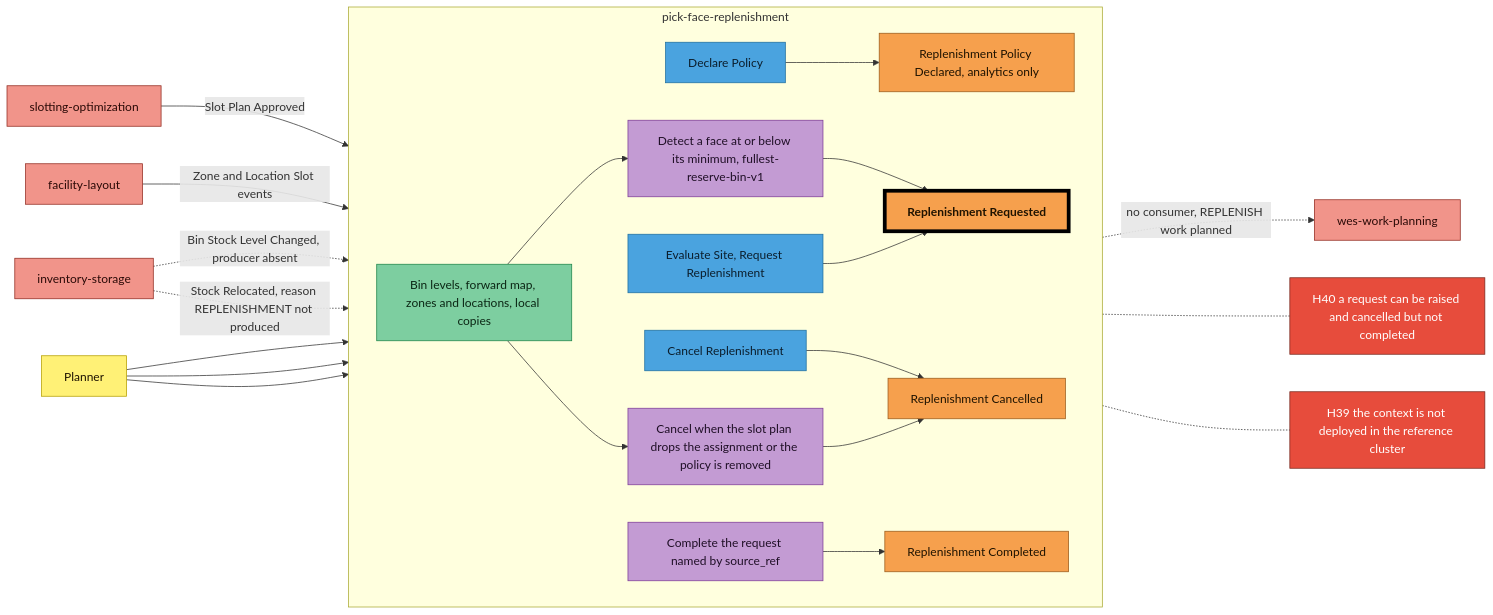
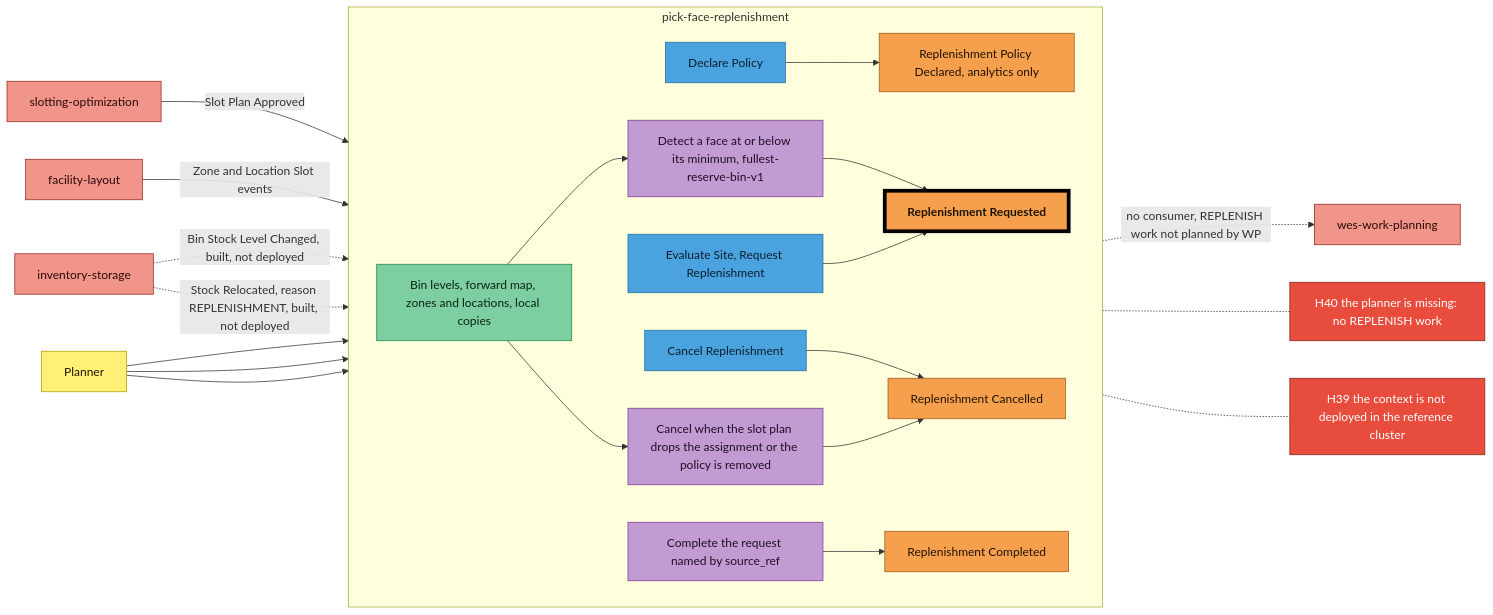
Before and after one commit to IQVO/warehouse-docs: the fifth of 10 diagrams in docs/strategic-design/eventstorming-big-picture.md, drawn with Mermaid. The commit also changed other lines of this file and 32 other files, not shown here.

````diff
--- a/docs/strategic-design/eventstorming-big-picture.md
+++ b/docs/strategic-design/eventstorming-big-picture.md
@@ -432,48 +433,48 @@
 ```mermaid
 flowchart LR
     RPL["Planner"]:::actor
     INVX["inventory-storage"]:::external
     SLOX["slotting-optimization"]:::external
     LAYX["facility-layout"]:::external
     WPX["wes-work-planning"]:::external
     subgraph S_PFR["pick-face-replenishment"]
         direction LR
         R4["Bin levels, forward map, zones and locations, local copies"]:::readmodel
         C7["Declare Policy"]:::command
         E15["Replenishment Policy Declared, analytics only"]:::event
         P4["Detect a face at or below its minimum, fullest-reserve-bin-v1"]:::policy
         C8["Evaluate Site, Request Replenishment"]:::command
         E16["Replenishment Requested"]:::pivotal
         C9["Cancel Replenishment"]:::command
         P5["Cancel when the slot plan drops the assignment or the policy is removed"]:::policy
         E17["Replenishment Cancelled"]:::event
         P6["Complete the request named by source_ref"]:::policy
         E18["Replenishment Completed"]:::event
     end
 
-    INVX -.->|"Bin Stock Level Changed, producer absent"| R4
+    INVX -.->|"Bin Stock Level Changed, built, not deployed"| R4
     SLOX -->|"Slot Plan Approved"| R4
     LAYX -->|"Zone and Location Slot events"| R4
     RPL --> C7 --> E15
     R4 --> P4 --> E16
     RPL --> C8 --> E16
     RPL --> C9 --> E17
     R4 --> P5 --> E17
-    INVX -.->|"Stock Relocated, reason REPLENISHMENT not produced"| P6
+    INVX -.->|"Stock Relocated, reason REPLENISHMENT, built, not deployed"| P6
     P6 --> E18
-    E16 -.->|"no consumer, REPLENISH work planned"| WPX
+    E16 -.->|"no consumer, REPLENISH work not planned by WP"| WPX
 
     H39["H39 the context is not deployed in the reference cluster"]:::hotspot
-    H40["H40 a request can be raised and cancelled but not completed"]:::hotspot
+    H40["H40 the planner is missing: no REPLENISH work"]:::hotspot
     S_PFR -.- H39
     E16 -.- H40
 
     classDef actor fill:#fff176,stroke:#b59f00,color:#1f1300
     classDef command fill:#4aa3df,stroke:#1f6f9f,color:#0b1e2d
     classDef event fill:#f6a04d,stroke:#9a5b1c,color:#1f1300
     classDef pivotal fill:#f6a04d,stroke:#000000,stroke-width:5px,color:#1f1300,font-weight:bold
     classDef policy fill:#c39bd3,stroke:#7d3c98,color:#1f0f26
     classDef readmodel fill:#7dcea0,stroke:#1e8449,color:#0b2614
     classDef external fill:#f1948a,stroke:#922b21,color:#2b0a07
     classDef hotspot fill:#e74c3c,stroke:#78281f,color:#ffffff
 ```
````
